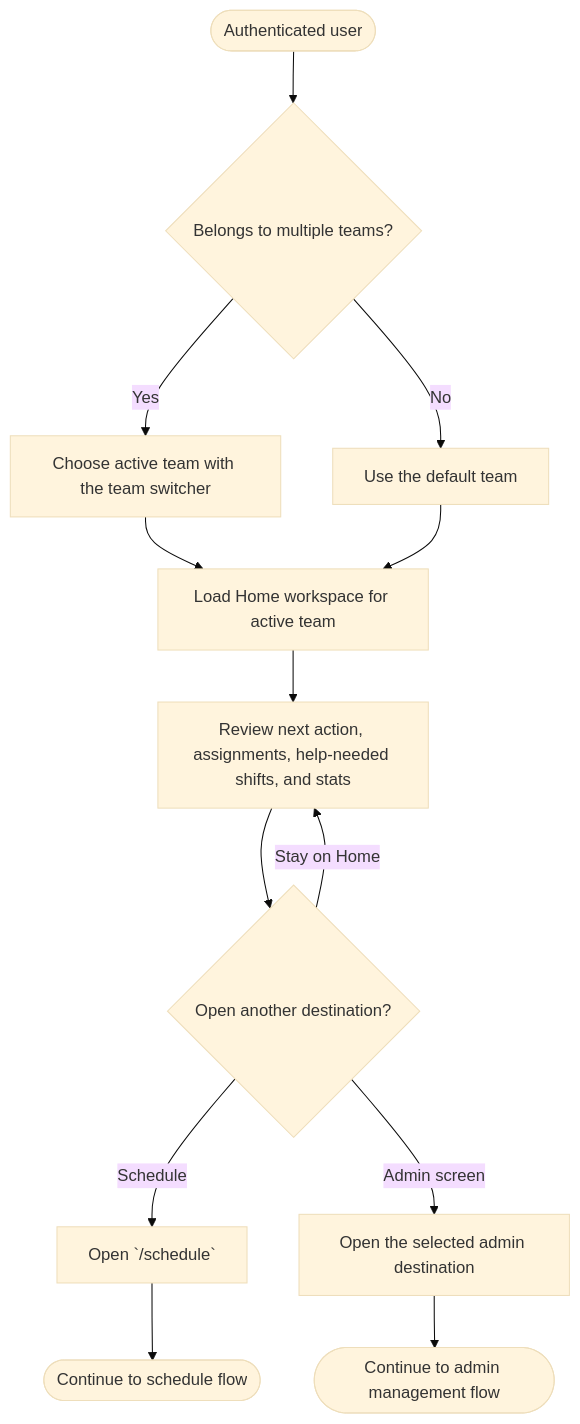
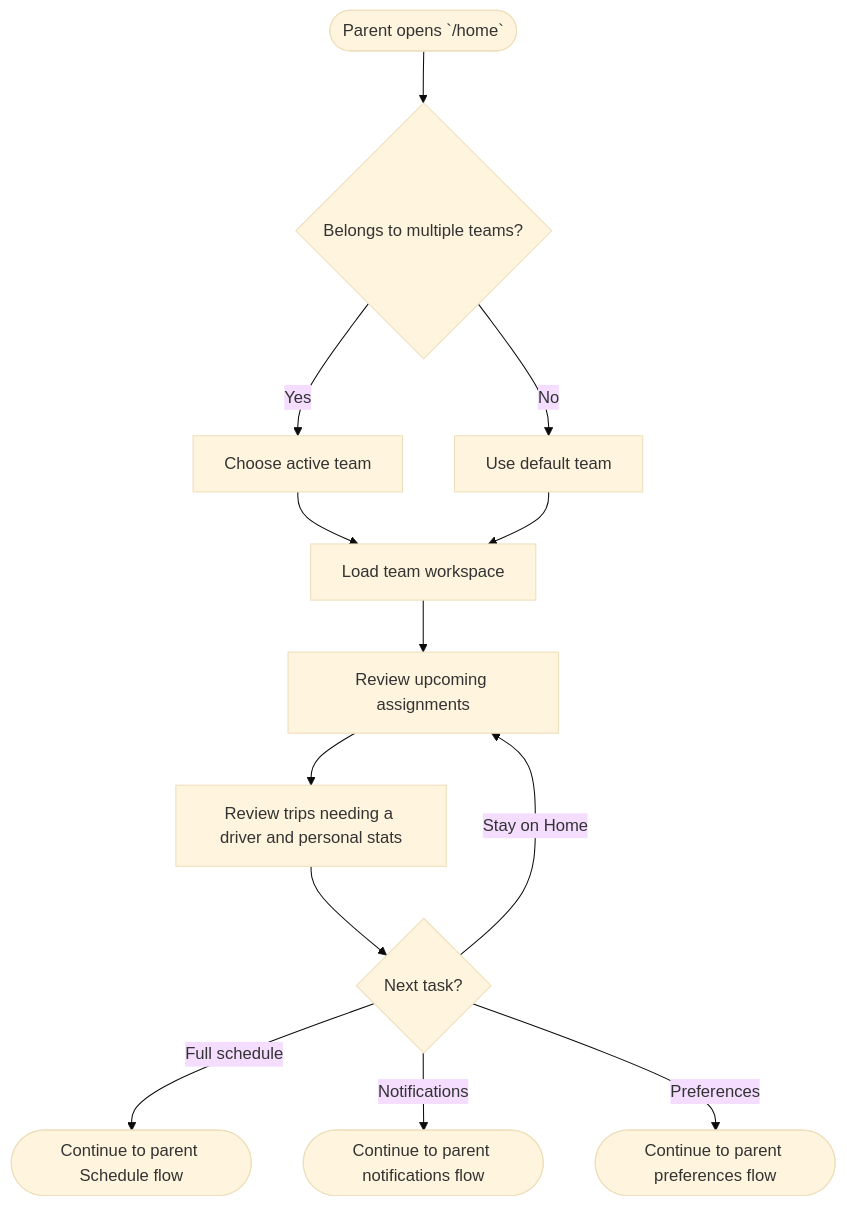
Before and after one commit to kazes5/soccer: diagram 16 of 21 in docs/flow-charts.md, drawn with Mermaid (base theme). The commit also changed other lines of this file and 1 other file, not shown here.

Commit message:
Split admin and parent flows and refine Hebrew copy

````diff
--- a/docs/flow-charts.md
+++ b/docs/flow-charts.md
@@ -67,15 +308,15 @@
 ```mermaid
 flowchart TD
-    A([Authenticated user]) --> B{Belongs to multiple teams?}
-    B -->|Yes| C[Choose active team with the team switcher]
-    B -->|No| D[Use the default team]
-    C --> E[Load Home workspace for active team]
+    A([Parent opens `/home`]) --> B{Belongs to multiple teams?}
+    B -->|Yes| C[Choose active team]
+    B -->|No| D[Use default team]
+    C --> E[Load team workspace]
     D --> E
-    E --> F[Review next action, assignments, help-needed shifts, and stats]
-    F --> G{Open another destination?}
-    G -->|Schedule| H[Open `/schedule`]
-    G -->|Admin screen| I[Open the selected admin destination]
-    G -->|Stay on Home| F
-    H --> J([Continue to schedule flow])
-    I --> K([Continue to admin management flow])
+    E --> F[Review upcoming assignments]
+    F --> G[Review trips needing a driver and personal stats]
+    G --> H{Next task?}
+    H -->|Full schedule| I([Continue to parent Schedule flow])
+    H -->|Notifications| J([Continue to parent notifications flow])
+    H -->|Preferences| K([Continue to parent preferences flow])
+    H -->|Stay on Home| F
 ```
````
